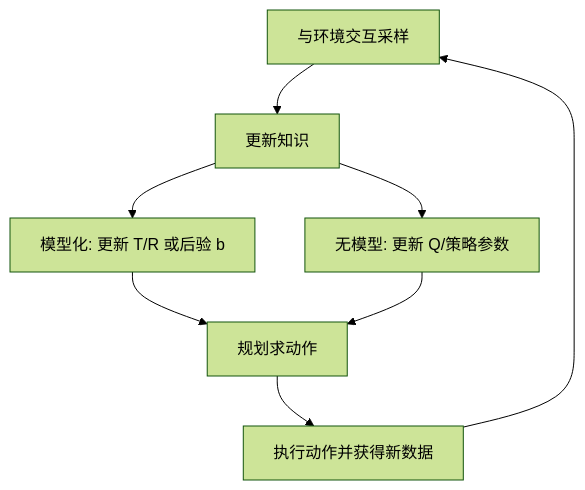
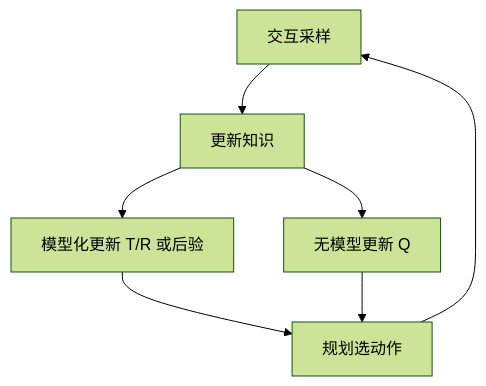
One commit to gulu-sherry/gulu-sherry.github.io changed the diagram in _includes/content/tech/dmu-ch-05.md. Above: the diagram before and after it, drawn with Mermaid (forest theme). The commit also changed other lines of this file and 9 other files, not shown here.

````diff
--- a/_includes/content/tech/dmu-ch-05.md
+++ b/_includes/content/tech/dmu-ch-05.md
@@ -162,10 +125,9 @@
 ```mermaid
 flowchart TD
-    A["与环境交互采样"] --> B["更新知识"]
-    B --> C["模型化: 更新 T/R 或后验 b"]
-    B --> D["无模型: 更新 Q/策略参数"]
-    C --> E["规划求动作"]
+    A["交互采样"] --> B["更新知识"]
+    B --> C["模型化更新 T/R 或后验"]
+    B --> D["无模型更新 Q"]
+    C --> E["规划选动作"]
     D --> E
-    E --> F["执行动作并获得新数据"]
-    F --> A
+    E --> A
 ```
````
